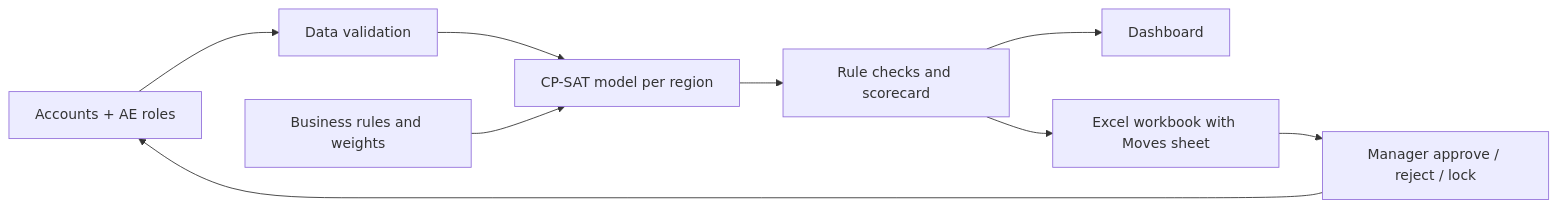
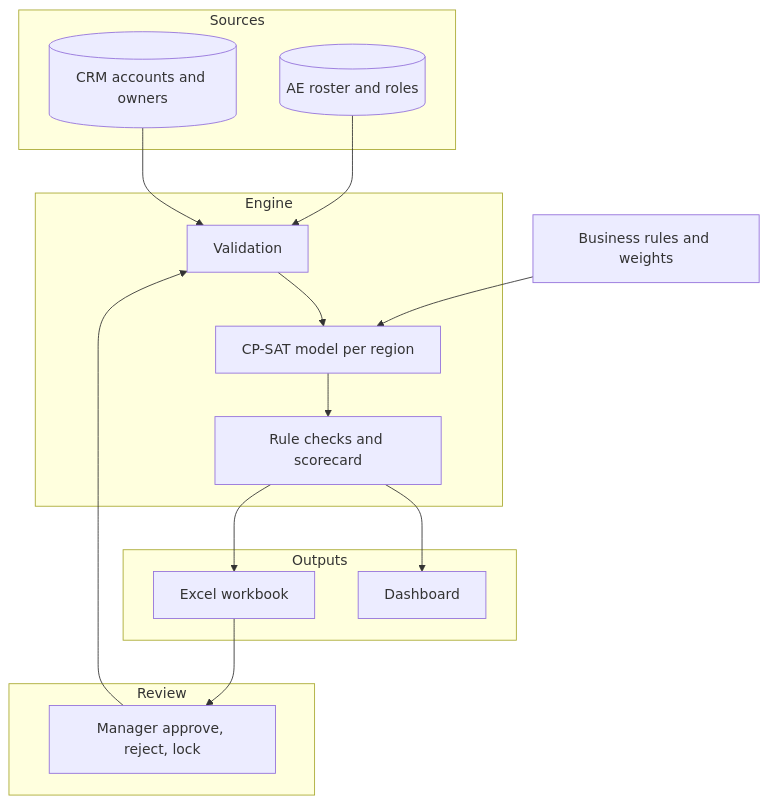
Before and after one commit to 5d7/territory-optimisation-engine: the second of 2 diagrams in README.md, drawn with Mermaid. The commit also changed other lines of this file and 2 other files, not shown here.

````diff
--- a/README.md
+++ b/README.md
@@ -49,11 +133,28 @@
 ```mermaid
-flowchart LR
-  A[Accounts + AE roles] --> V[Data validation]
-  V --> M[CP-SAT model per region]
-  C[Business rules and weights] --> M
-  M --> R[Rule checks and scorecard]
-  R --> D[Dashboard]
-  R --> X[Excel workbook with Moves sheet]
-  X --> P[Manager approve / reject / lock]
-  P --> A
+flowchart TB
+  subgraph Sources
+    CRM[("CRM accounts and owners")]
+    HR[("AE roster and roles")]
+  end
+  subgraph Engine
+    VAL["Validation"]
+    MOD["CP-SAT model per region"]
+    CHK["Rule checks and scorecard"]
+  end
+  subgraph Outputs
+    DASH["Dashboard"]
+    XLS["Excel workbook"]
+  end
+  subgraph Review
+    MGR["Manager approve, reject, lock"]
+  end
+  CRM --> VAL
+  HR --> VAL
+  VAL --> MOD
+  RULES["Business rules and weights"] --> MOD
+  MOD --> CHK
+  CHK --> DASH
+  CHK --> XLS
+  XLS --> MGR
+  MGR --> VAL
 ```
````
